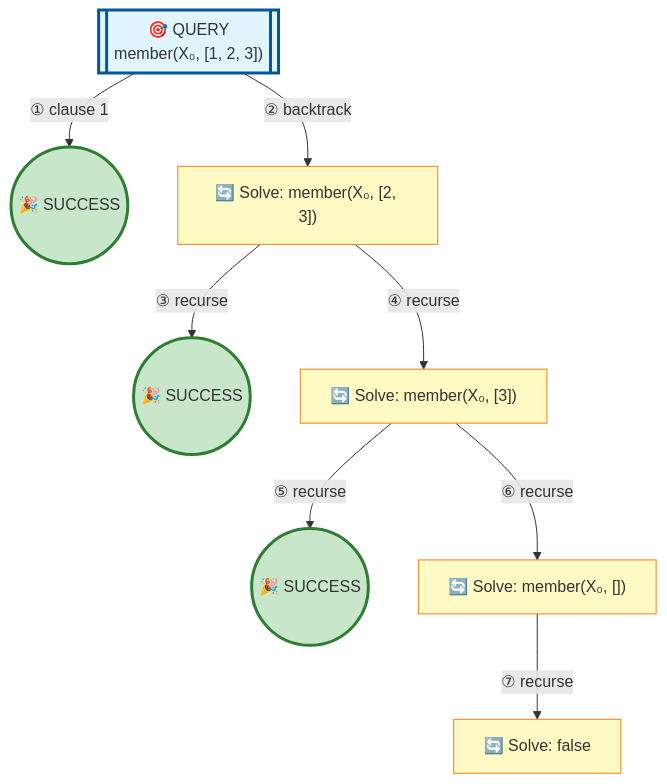
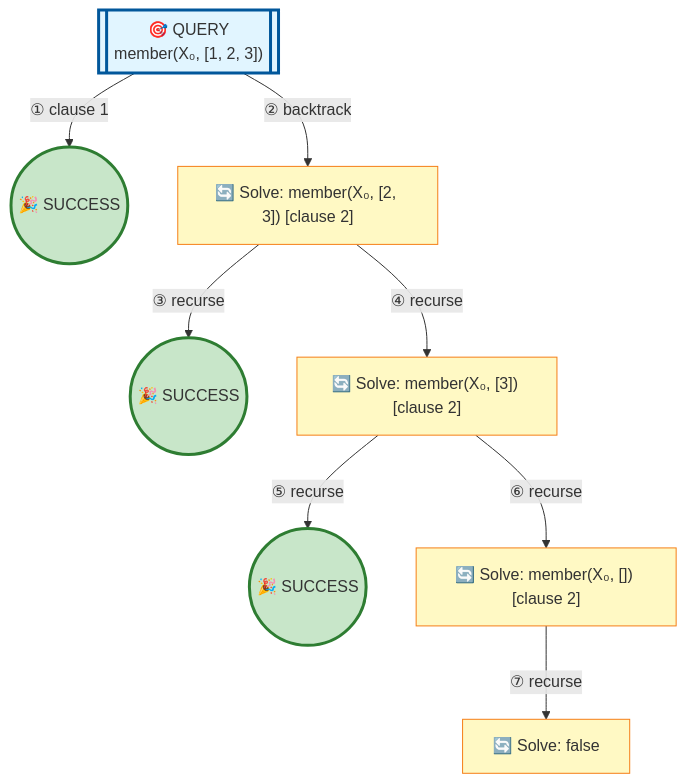
One commit to jarecsni/prolog-trace-viz changed the diagram in examples/member-output.md. Above: the diagram before and after it, drawn with Mermaid. The commit also changed 4 other files, not shown here.

````diff
--- a/examples/member-output.md
+++ b/examples/member-output.md
@@ -11,32 +11,32 @@
 ```mermaid
 graph TD
 
 %% Nodes
 A[["🎯 QUERY<br/>member(X₀, [1, 2, 3])"]]
 B(("🎉 SUCCESS"))
-C["🔄 Solve: member(X₀, [2, 3])"]
+C["🔄 Solve: member(X₀, [2, 3]) [clause 2]"]
 D(("🎉 SUCCESS"))
-E["🔄 Solve: member(X₀, [3])"]
+E["🔄 Solve: member(X₀, [3]) [clause 2]"]
 F(("🎉 SUCCESS"))
-G["🔄 Solve: member(X₀, [])"]
+G["🔄 Solve: member(X₀, []) [clause 2]"]
 H["🔄 Solve: false"]
 
 %% Edges
 A -->|"① clause 1"| B
 A -->|"② backtrack"| C
 C -->|"③ recurse"| D
 C -->|"④ recurse"| E
 E -->|"⑤ recurse"| F
 E -->|"⑥ recurse"| G
 G -->|"⑦ recurse"| H
 
 %% Styles
 style A fill:#e1f5ff,stroke:#01579b,stroke-width:3px
 style B fill:#c8e6c9,stroke:#2e7d32,stroke-width:3px
 style C fill:#fff9c4,stroke:#f57f17
 style D fill:#c8e6c9,stroke:#2e7d32,stroke-width:3px
 style E fill:#fff9c4,stroke:#f57f17
 style F fill:#c8e6c9,stroke:#2e7d32,stroke-width:3px
 style G fill:#fff9c4,stroke:#f57f17
 style H fill:#fff9c4,stroke:#f57f17
 ```
````
